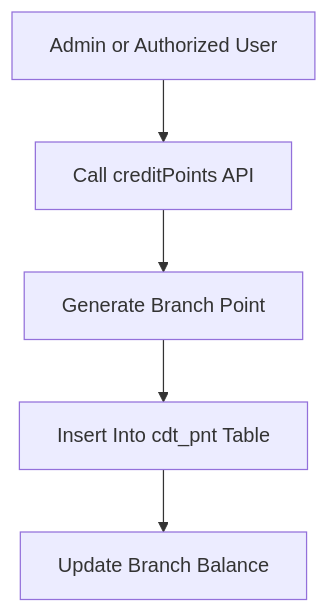
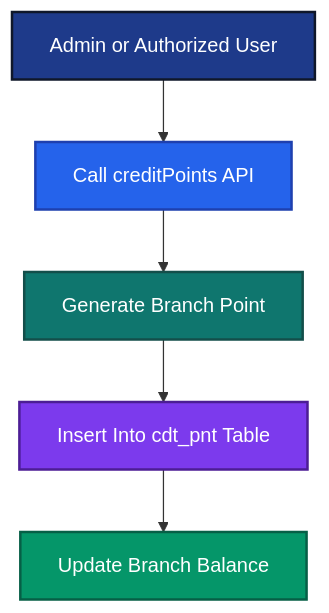
The first of 6 diagrams in Point_Flow.md (KSW-IT/point-flow-documentation), drawn with Mermaid before and after one commit. The commit also changed other lines of this file, not shown here.

````diff
--- a/Point_Flow.md
+++ b/Point_Flow.md
@@ -55,12 +55,19 @@
 ```mermaid
 flowchart TD
 
     A[Admin or Authorized User]
     --> B[Call creditPoints API]
 
     B --> C[Generate Branch Point]
 
     C --> D[Insert Into cdt_pnt Table]
 
     D --> E[Update Branch Balance]
+
+    %% Styles
+    style A fill:#1E3A8A,color:#ffffff,stroke:#0F172A,stroke-width:2px
+    style B fill:#2563EB,color:#ffffff,stroke:#1E40AF,stroke-width:2px
+    style C fill:#0F766E,color:#ffffff,stroke:#134E4A,stroke-width:2px
+    style D fill:#7C3AED,color:#ffffff,stroke:#4C1D95,stroke-width:2px
+    style E fill:#059669,color:#ffffff,stroke:#065F46,stroke-width:2px
 ```
````
